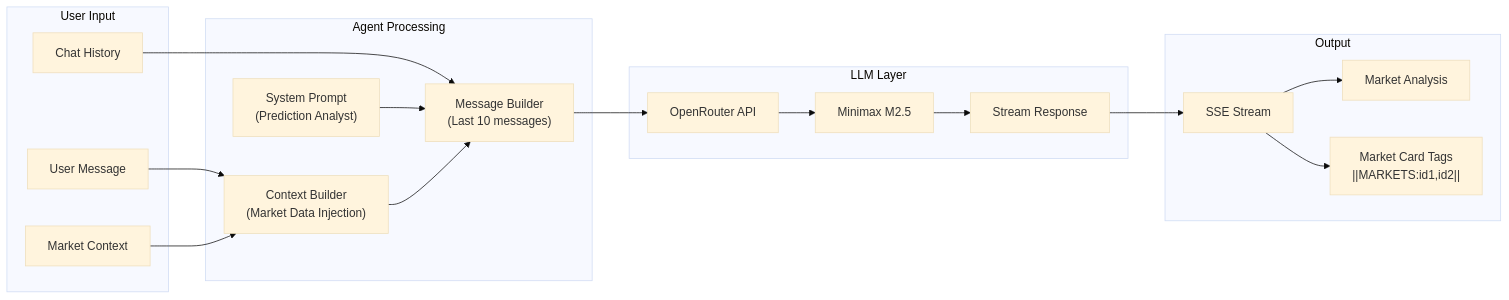
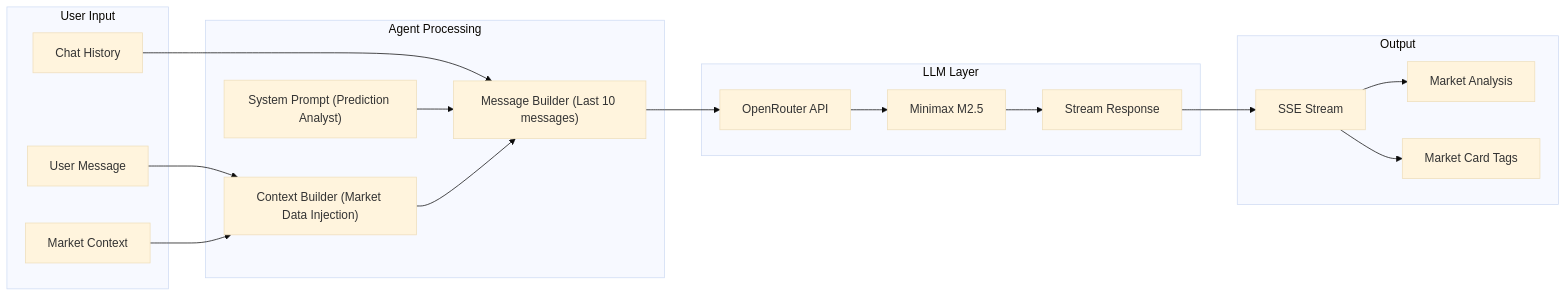
Before and after one commit to bri-anadi/frequencii: the fifth of 13 diagrams in ARCHITECTURE.md, drawn with Mermaid (base theme). The commit also changed other lines of this file and 1 other file, not shown here.

````diff
--- a/ARCHITECTURE.md
+++ b/ARCHITECTURE.md
@@ -220,38 +220,38 @@
 ```mermaid
 flowchart LR
     subgraph Input["User Input"]
         Message["User Message"]
         Context["Market Context"]
         History["Chat History"]
     end
 
     subgraph Processing["Agent Processing"]
-        SystemPrompt["System Prompt\n(Prediction Analyst)"]
-        ContextBuilder["Context Builder\n(Market Data Injection)"]
-        MessageBuilder["Message Builder\n(Last 10 messages)"]
+        SystemPrompt["System Prompt (Prediction Analyst)"]
+        ContextBuilder["Context Builder (Market Data Injection)"]
+        MessageBuilder["Message Builder (Last 10 messages)"]
     end
 
     subgraph LLM["LLM Layer"]
         OpenRouter["OpenRouter API"]
         Model["Minimax M2.5"]
         Streaming["Stream Response"]
     end
 
     subgraph Output["Output"]
         SSE["SSE Stream"]
         Analysis["Market Analysis"]
-        MarketTags["Market Card Tags\n||MARKETS:id1,id2||"]
+        MarketTags["Market Card Tags"]
     end
 
     Message --> ContextBuilder
     Context --> ContextBuilder
     History --> MessageBuilder
     SystemPrompt --> MessageBuilder
     ContextBuilder --> MessageBuilder
     MessageBuilder --> OpenRouter
     OpenRouter --> Model
     Model --> Streaming
     Streaming --> SSE
     SSE --> Analysis
     SSE --> MarketTags
 ```
````
